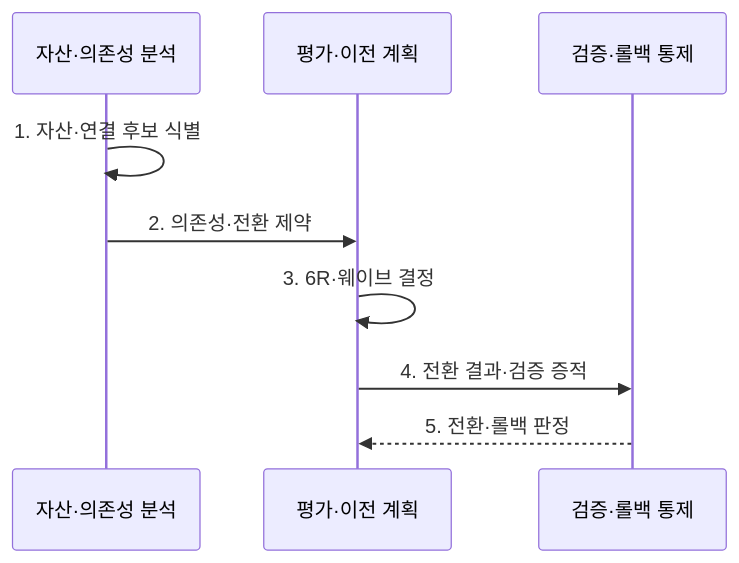
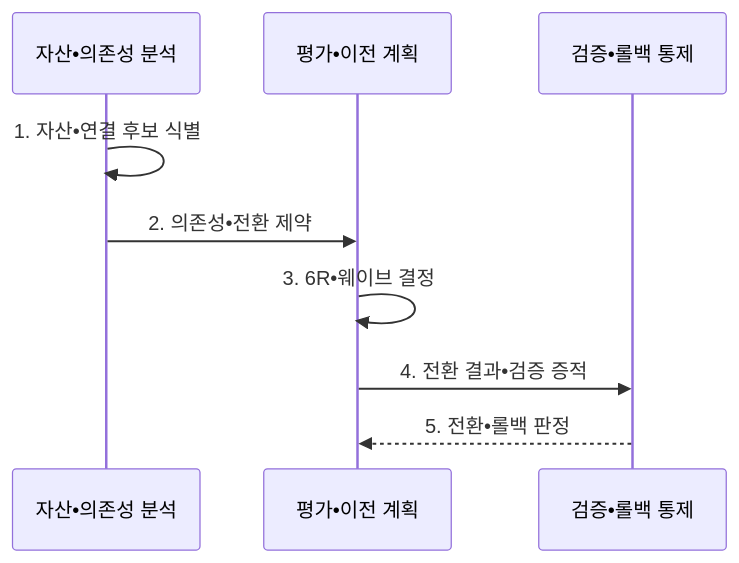
One commit to agnusdei1207/knowledge-base changed the second of 2 diagrams in src/content/docs/notes/03-software/146_cloud_migration_6r.md. Above: the diagram before and after it, drawn with Mermaid. The commit also changed other lines of this file and 953 other files, not shown here.

````diff
--- a/src/content/docs/notes/03-software/146_cloud_migration_6r.md
+++ b/src/content/docs/notes/03-software/146_cloud_migration_6r.md
@@ -109,11 +109,11 @@
 ```mermaid
 sequenceDiagram
-    participant A as 자산·의존성 분석
-    participant M as 평가·이전 계획
-    participant V as 검증·롤백 통제
-    A->>A: 1. 자산·연결 후보 식별
-    A->>M: 2. 의존성·전환 제약
-    M->>M: 3. 6R·웨이브 결정
-    M->>V: 4. 전환 결과·검증 증적
-    V-->>M: 5. 전환·롤백 판정
+    participant A as 자산•의존성 분석
+    participant M as 평가•이전 계획
+    participant V as 검증•롤백 통제
+    A->>A: 1. 자산•연결 후보 식별
+    A->>M: 2. 의존성•전환 제약
+    M->>M: 3. 6R•웨이브 결정
+    M->>V: 4. 전환 결과•검증 증적
+    V-->>M: 5. 전환•롤백 판정
 ```
````
